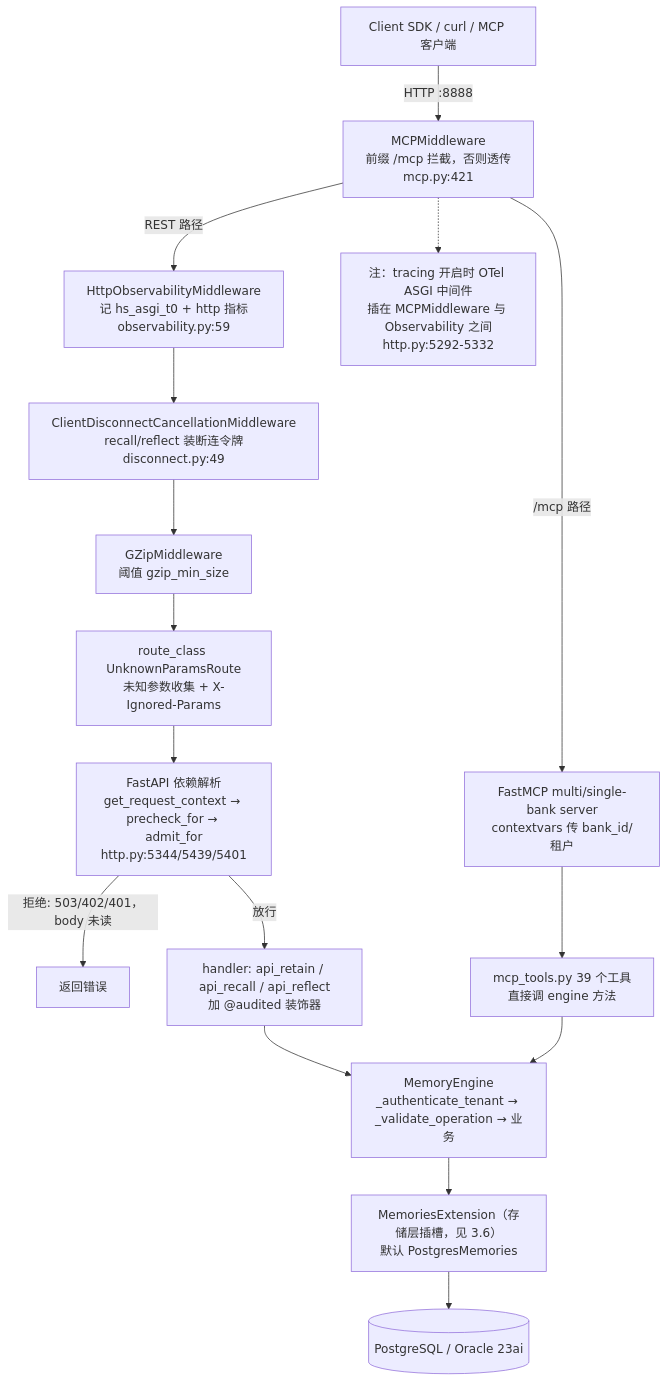
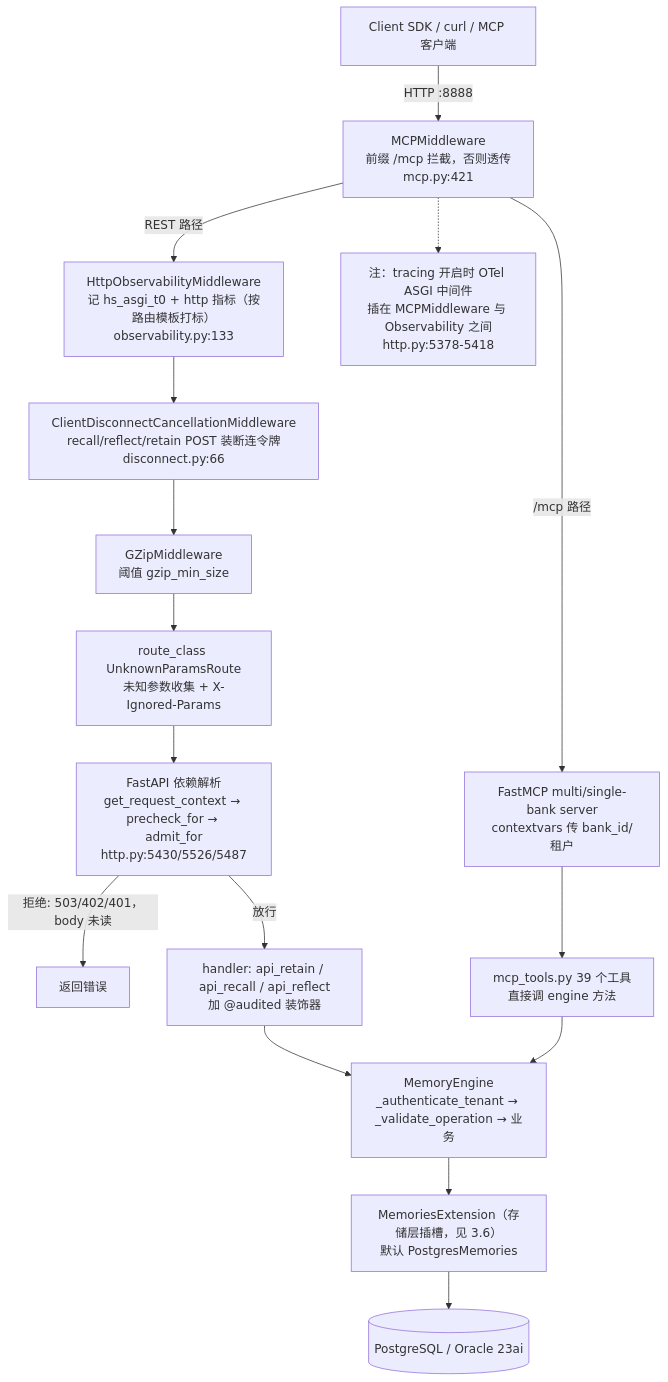
Before and after one commit to stefanv5/memory-platform-architecture: the third of 7 diagrams in docs/hindsight/source-study/06-api-层与服务形态.md, drawn with Mermaid. The commit also changed other lines of this file and 8 other files, not shown here.

````diff
--- a/docs/hindsight/source-study/06-api-层与服务形态.md
+++ b/docs/hindsight/source-study/06-api-层与服务形态.md
@@ -214,18 +216,18 @@
 ```mermaid
 flowchart TD
     C["Client SDK / curl / MCP 客户端"] -->|"HTTP :8888"| MW1["MCPMiddleware<br/>前缀 /mcp 拦截，否则透传<br/>mcp.py:421"]
-    MW1 -->|"REST 路径"| MW2["HttpObservabilityMiddleware<br/>记 hs_asgi_t0 + http 指标<br/>observability.py:59"]
-    MW2 --> MW3["ClientDisconnectCancellationMiddleware<br/>recall/reflect 装断连令牌<br/>disconnect.py:49"]
+    MW1 -->|"REST 路径"| MW2["HttpObservabilityMiddleware<br/>记 hs_asgi_t0 + http 指标（按路由模板打标）<br/>observability.py:133"]
+    MW2 --> MW3["ClientDisconnectCancellationMiddleware<br/>recall/reflect/retain POST 装断连令牌<br/>disconnect.py:66"]
     MW3 --> MW4["GZipMiddleware<br/>阈值 gzip_min_size"]
     MW4 --> ROUTE["route_class UnknownParamsRoute<br/>未知参数收集 + X-Ignored-Params"]
-    ROUTE --> DEP["FastAPI 依赖解析<br/>get_request_context → precheck_for → admit_for<br/>http.py:5344/5439/5401"]
+    ROUTE --> DEP["FastAPI 依赖解析<br/>get_request_context → precheck_for → admit_for<br/>http.py:5430/5526/5487"]
     DEP -->|"拒绝: 503/402/401，body 未读"| OUT["返回错误"]
     DEP -->|"放行"| HANDLER["handler: api_retain / api_recall / api_reflect<br/>加 @audited 装饰器"]
     HANDLER --> ENG["MemoryEngine<br/>_authenticate_tenant → _validate_operation → 业务"]
     ENG --> MEMO["MemoriesExtension（存储层插槽，见 3.6）<br/>默认 PostgresMemories"]
     MEMO --> DB[("PostgreSQL / Oracle 23ai")]
     MW1 -->|"/mcp 路径"| FASTMCP["FastMCP multi/single-bank server<br/>contextvars 传 bank_id/租户"]
-    MW1 -.-> OTELNOTE["注：tracing 开启时 OTel ASGI 中间件<br/>插在 MCPMiddleware 与 Observability 之间<br/>http.py:5292-5332"]
+    MW1 -.-> OTELNOTE["注：tracing 开启时 OTel ASGI 中间件<br/>插在 MCPMiddleware 与 Observability 之间<br/>http.py:5378-5418"]
     FASTMCP --> TOOLS["mcp_tools.py 39 个工具<br/>直接调 engine 方法"]
     TOOLS --> ENG
 ```
````
